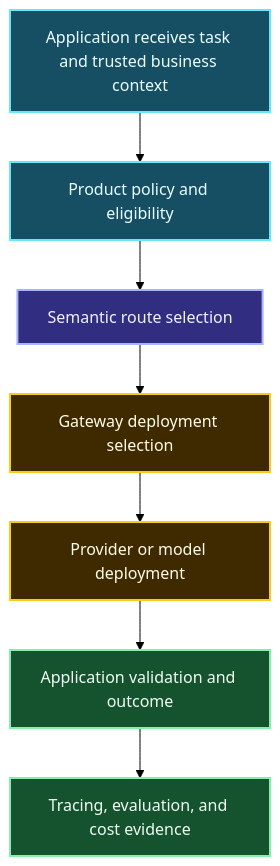
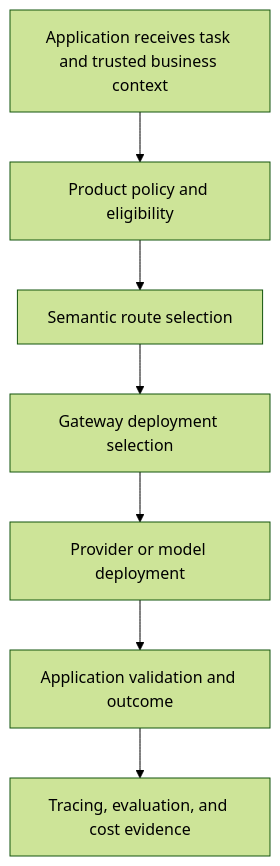
Before and after one commit to senlinyy/dev-roadmaps: the fourth of 5 diagrams in roadmaps/mlops/modules/llmops/cost-and-deployment/01-model-routing.md, drawn with Mermaid (forest theme). The commit also changed other lines of this file and 152 other files, not shown here.

Commit message:
feat: mlops and diagrams updated

````diff
--- a/roadmaps/mlops/modules/llmops/cost-and-deployment/01-model-routing.md
+++ b/roadmaps/mlops/modules/llmops/cost-and-deployment/01-model-routing.md
@@ -302,16 +296,14 @@
 ```mermaid
 flowchart TD
     A["Application receives task and trusted business context"] --> B["Product policy and eligibility"]
     B --> C["Semantic route selection"]
     C --> D["Gateway deployment selection"]
     D --> E["Provider or model deployment"]
     E --> F["Application validation and outcome"]
     F --> G["Tracing, evaluation, and cost evidence"]
 
-    classDef product fill:#164E63,stroke:#67E8F9,color:#ECFEFF,stroke-width:2px; classDef route fill:#312E81,stroke:#A5B4FC,color:#EEF2FF,stroke-width:2px;
-    classDef infrastructure fill:#3F2A00,stroke:#FACC15,color:#FEFCE8,stroke-width:2px; classDef evidence fill:#14532D,stroke:#86EFAC,color:#F0FDF4,stroke-width:2px;
     class A,B product;
     class C route;
     class D,E infrastructure;
     class F,G evidence;
 ```
````
